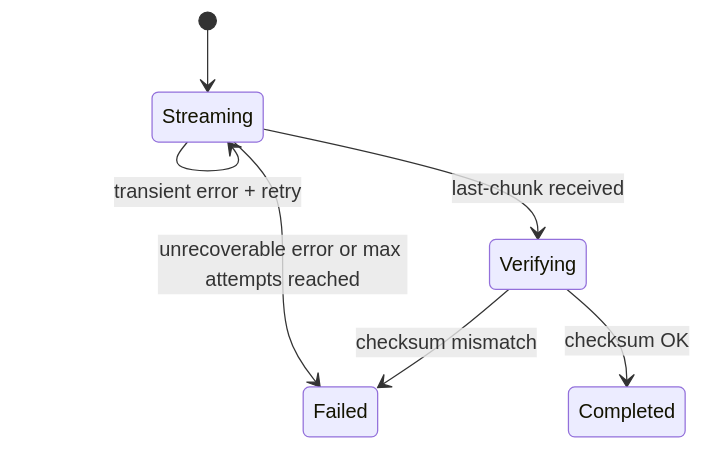
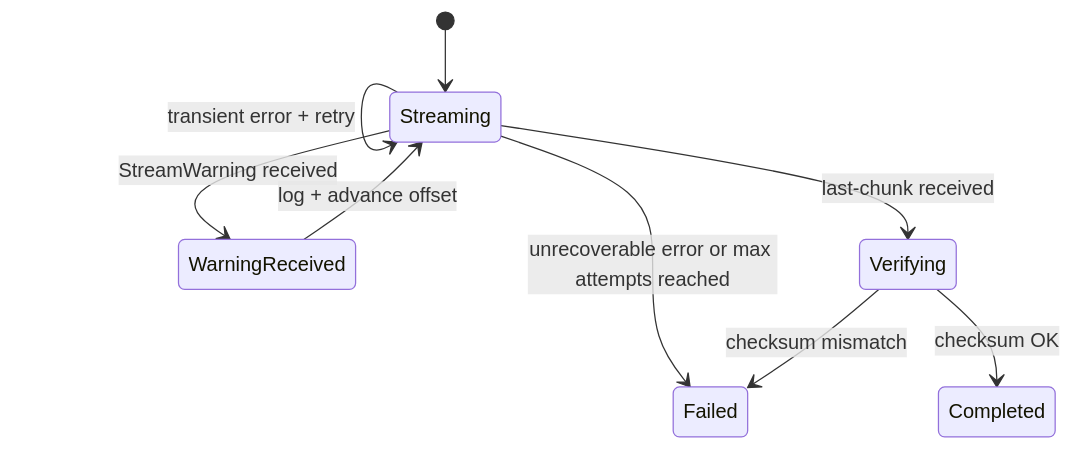
Before and after one commit to National-Digital-Twin/federator: the ninth of 10 diagrams in docs/FILE_STREAMINING_README.md, drawn with Mermaid. The commit also changed other lines of this file and 14 other files, not shown here.

````diff
--- a/docs/FILE_STREAMINING_README.md
+++ b/docs/FILE_STREAMINING_README.md
@@ -412,9 +495,11 @@
 ```mermaid
 stateDiagram-v2
     [*] --> Streaming
     Streaming --> Streaming: transient error + retry
     Streaming --> Failed: unrecoverable error or max attempts reached
     Streaming --> Verifying: last-chunk received
+    Streaming --> WarningReceived: StreamWarning received
+    WarningReceived --> Streaming: log + advance offset
     Verifying --> Completed: checksum OK
     Verifying --> Failed: checksum mismatch
 ```
````
